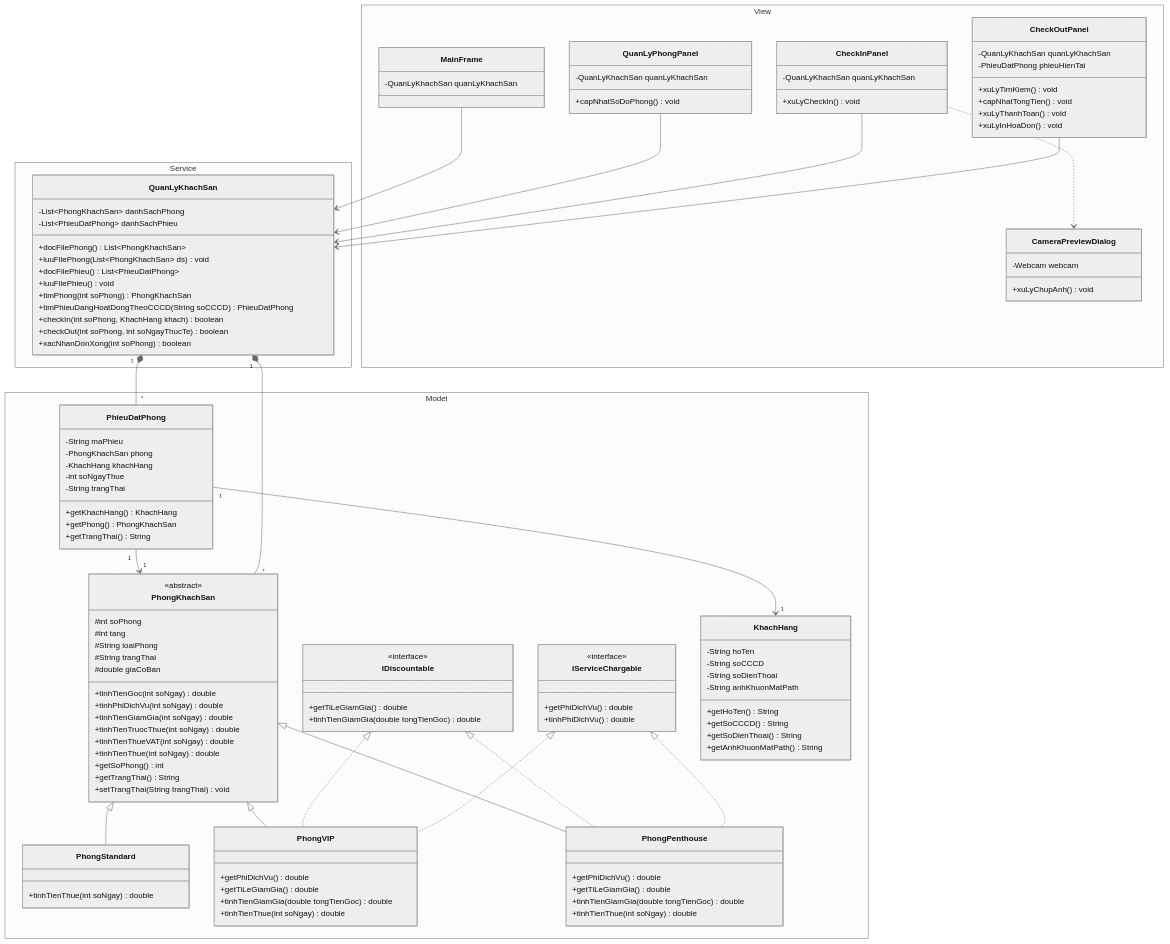
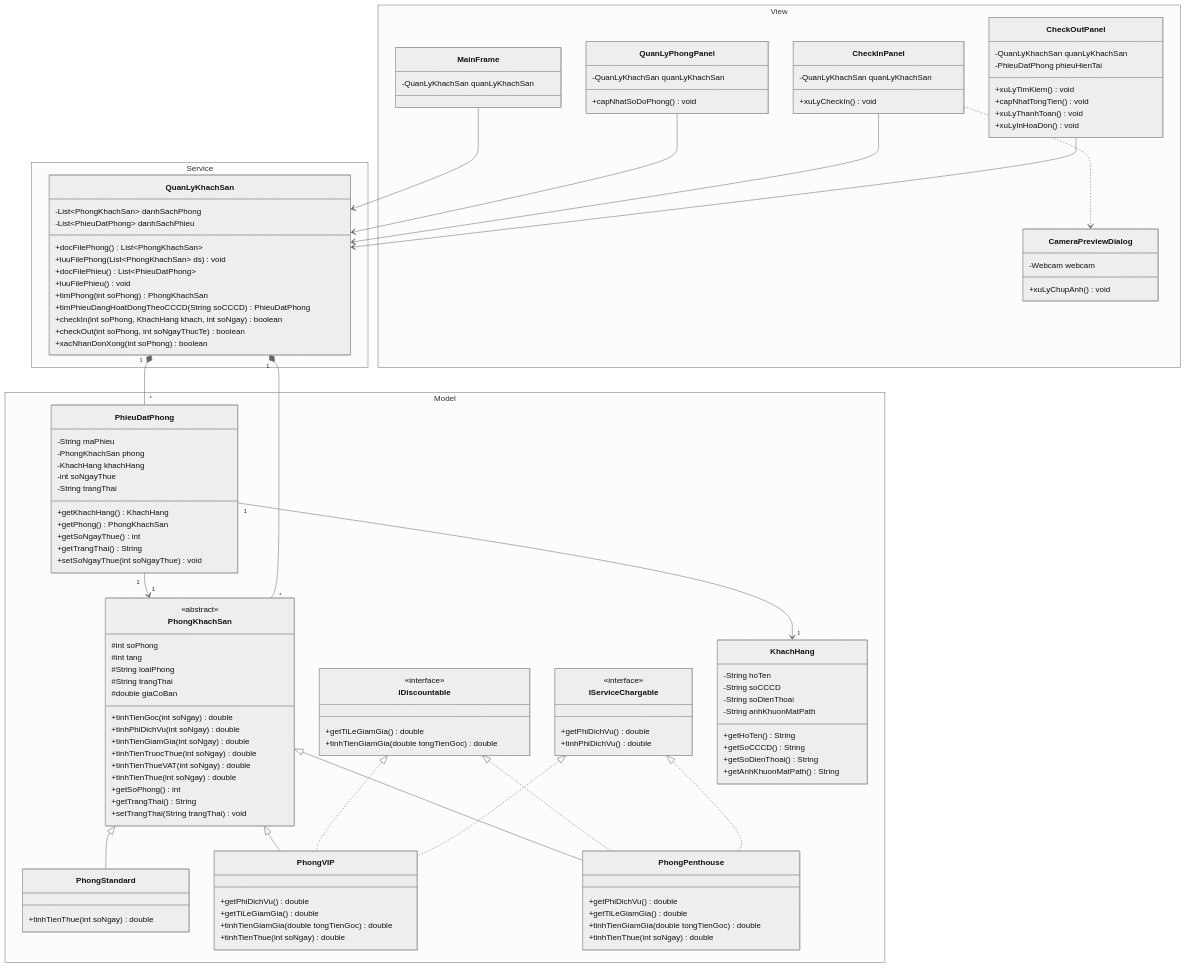
The diagram in docs/diagrams/class_diagram.mmd (NNTTuan/HotelBookingSystem), drawn with Mermaid (neutral theme) before and after one commit. The commit also changed 7 other files, not shown here.

```diff
--- a/docs/diagrams/class_diagram.mmd
+++ b/docs/diagrams/class_diagram.mmd
@@ -1,126 +1,128 @@
 classDiagram
     namespace Model {
         class PhongKhachSan {
             <<abstract>>
             #int soPhong
             #int tang
             #String loaiPhong
             #String trangThai
             #double giaCoBan
             +tinhTienGoc(int soNgay) double
             +tinhPhiDichVu(int soNgay) double
             +tinhTienGiamGia(int soNgay) double
             +tinhTienTruocThue(int soNgay) double
             +tinhTienThueVAT(int soNgay) double
             +tinhTienThue(int soNgay) double
             +getSoPhong() int
             +getTrangThai() String
             +setTrangThai(String trangThai) void
         }
         class PhongStandard {
             +tinhTienThue(int soNgay) double
         }
         class PhongVIP {
             +getPhiDichVu() double
             +getTiLeGiamGia() double
             +tinhTienGiamGia(double tongTienGoc) double
             +tinhTienThue(int soNgay) double
         }
         class PhongPenthouse {
             +getPhiDichVu() double
             +getTiLeGiamGia() double
             +tinhTienGiamGia(double tongTienGoc) double
             +tinhTienThue(int soNgay) double
         }
         class IDiscountable {
             <<interface>>
             +getTiLeGiamGia() double
             +tinhTienGiamGia(double tongTienGoc) double
         }
         class IServiceChargable {
             <<interface>>
             +getPhiDichVu() double
             +tinhPhiDichVu() double
         }
         class KhachHang {
             -String hoTen
             -String soCCCD
             -String soDienThoai
             -String anhKhuonMatPath
             +getHoTen() String
             +getSoCCCD() String
             +getSoDienThoai() String
             +getAnhKhuonMatPath() String
         }
         class PhieuDatPhong {
             -String maPhieu
             -PhongKhachSan phong
             -KhachHang khachHang
             -int soNgayThue
             -String trangThai
             +getKhachHang() KhachHang
             +getPhong() PhongKhachSan
+            +getSoNgayThue() int
             +getTrangThai() String
+            +setSoNgayThue(int soNgayThue) void
         }
     }
 
     namespace Service {
         class QuanLyKhachSan {
             -List~PhongKhachSan~ danhSachPhong
             -List~PhieuDatPhong~ danhSachPhieu
             +docFilePhong() List~PhongKhachSan~
             +luuFilePhong(List~PhongKhachSan~ ds) void
             +docFilePhieu() List~PhieuDatPhong~
             +luuFilePhieu() void
             +timPhong(int soPhong) PhongKhachSan
             +timPhieuDangHoatDongTheoCCCD(String soCCCD) PhieuDatPhong
-            +checkIn(int soPhong, KhachHang khach) boolean
+            +checkIn(int soPhong, KhachHang khach, int soNgay) boolean
             +checkOut(int soPhong, int soNgayThucTe) boolean
             +xacNhanDonXong(int soPhong) boolean
         }
     }
 
     namespace View {
         class MainFrame {
             -QuanLyKhachSan quanLyKhachSan
         }
         class QuanLyPhongPanel {
             -QuanLyKhachSan quanLyKhachSan
             +capNhatSoDoPhong() void
         }
         class CheckInPanel {
             -QuanLyKhachSan quanLyKhachSan
             +xuLyCheckIn() void
         }
         class CheckOutPanel {
             -QuanLyKhachSan quanLyKhachSan
             -PhieuDatPhong phieuHienTai
             +xuLyTimKiem() void
             +capNhatTongTien() void
             +xuLyThanhToan() void
             +xuLyInHoaDon() void
         }
         class CameraPreviewDialog {
             -Webcam webcam
             +xuLyChupAnh() void
         }
     }
 
     PhongKhachSan <|-- PhongStandard
     PhongKhachSan <|-- PhongVIP
     PhongKhachSan <|-- PhongPenthouse
     IDiscountable <|.. PhongVIP
     IDiscountable <|.. PhongPenthouse
     IServiceChargable <|.. PhongVIP
     IServiceChargable <|.. PhongPenthouse
 
     PhieuDatPhong "1" --> "1" KhachHang
     PhieuDatPhong "1" --> "1" PhongKhachSan
     QuanLyKhachSan "1" *-- "*" PhongKhachSan
     QuanLyKhachSan "1" *-- "*" PhieuDatPhong
 
     MainFrame --> QuanLyKhachSan
     QuanLyPhongPanel --> QuanLyKhachSan
     CheckInPanel --> QuanLyKhachSan
     CheckInPanel ..> CameraPreviewDialog
     CheckOutPanel --> QuanLyKhachSan
```
